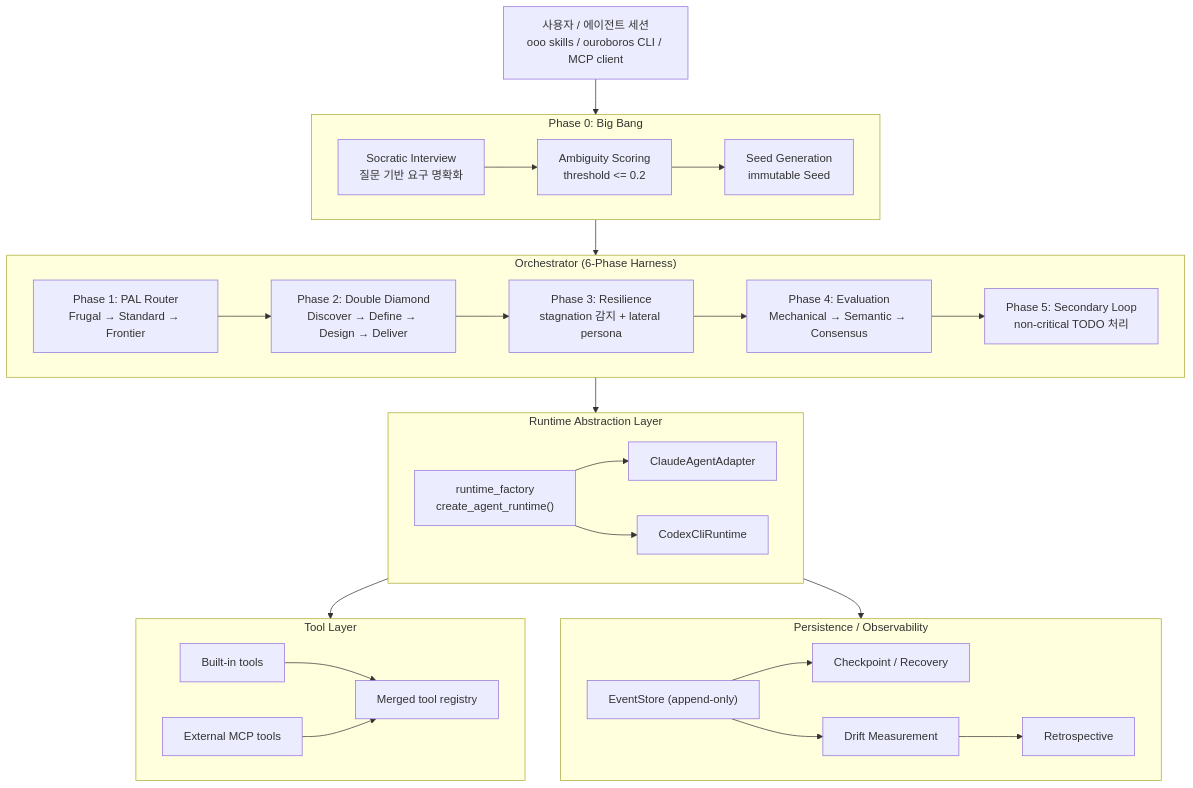
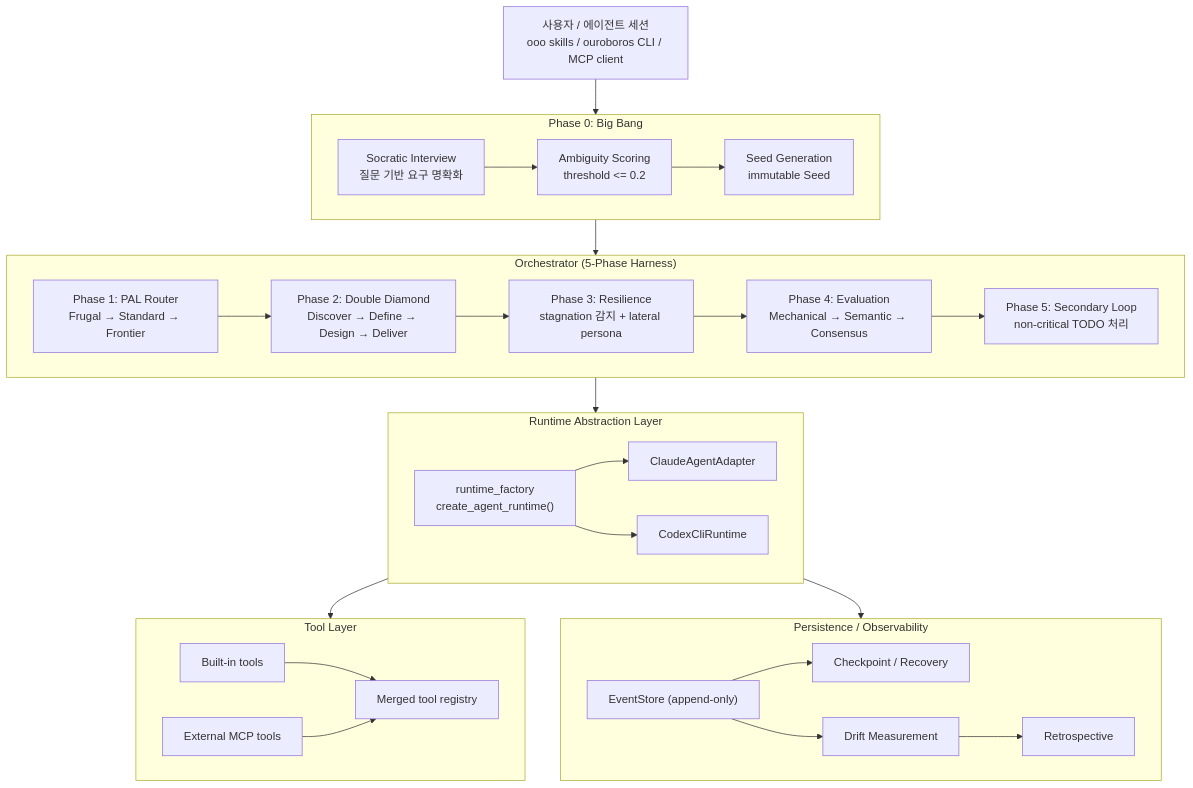
The first of 5 diagrams in ouroboros/00-diagram.md (kimchanhyung98/agentic-workflows), drawn with Mermaid before and after one commit. The commit also changed 1 other file, not shown here.

Commit message:
fix(ouroboros): address AI review feedback
- Fix Orchestrator label from 6-Phase to 5-Phase (Phase 0 is separate Big Bang)
- Clarify PALRouter determinism: tier selection is deterministic but model
  selection within a tier uses random.choice() for load balancing
- Add DESIGN ≡ DEVELOP mapping note to WorkflowState phase enum

````diff
--- a/ouroboros/00-diagram.md
+++ b/ouroboros/00-diagram.md
@@ -5,54 +5,54 @@
 ```mermaid
 flowchart TD
     U["사용자 / 에이전트 세션<br/>ooo skills / ouroboros CLI / MCP client"] --> BB
 
     subgraph BB["Phase 0: Big Bang"]
         BB1["Socratic Interview<br/>질문 기반 요구 명확화"]
         BB2["Ambiguity Scoring<br/>threshold <= 0.2"]
         BB3["Seed Generation<br/>immutable Seed"]
         BB1 --> BB2 --> BB3
     end
 
     BB --> ORCH
 
-    subgraph ORCH["Orchestrator (6-Phase Harness)"]
+    subgraph ORCH["Orchestrator (5-Phase Harness)"]
         P1["Phase 1: PAL Router<br/>Frugal → Standard → Frontier"]
         P2["Phase 2: Double Diamond<br/>Discover → Define → Design → Deliver"]
         P3["Phase 3: Resilience<br/>stagnation 감지 + lateral persona"]
         P4["Phase 4: Evaluation<br/>Mechanical → Semantic → Consensus"]
         P5["Phase 5: Secondary Loop<br/>non-critical TODO 처리"]
         P1 --> P2 --> P3 --> P4 --> P5
     end
 
     ORCH --> RT
 
     subgraph RT["Runtime Abstraction Layer"]
         RTF["runtime_factory<br/>create_agent_runtime()"]
         CLA["ClaudeAgentAdapter"]
         COD["CodexCliRuntime"]
         RTF --> CLA
         RTF --> COD
     end
 
     RT --> TOOLS
 
     subgraph TOOLS["Tool Layer"]
         T1["Built-in tools"]
         T2["External MCP tools"]
         T3["Merged tool registry"]
         T1 --> T3
         T2 --> T3
     end
 
     RT --> STATE
 
     subgraph STATE["Persistence / Observability"]
         S1["EventStore (append-only)"]
         S2["Checkpoint / Recovery"]
         S3["Drift Measurement"]
         S4["Retrospective"]
         S1 --> S2
         S1 --> S3
         S3 --> S4
     end
 ```
````
